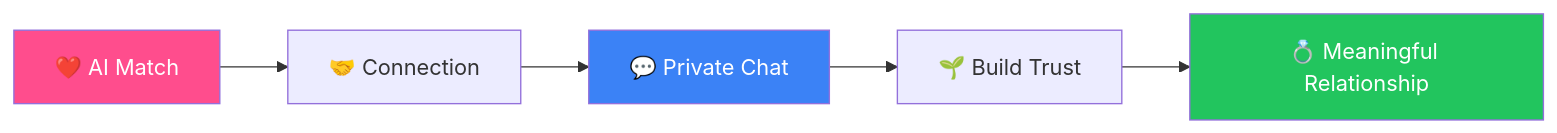
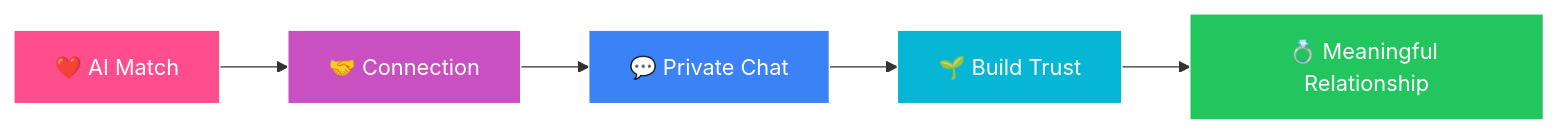
One commit to TheKanishkDev/SoulSync-AI changed the fourth of 7 diagrams in README.md. Above: the diagram before and after it, drawn with Mermaid. The commit also changed other lines of this file, not shown here.

````diff
--- a/README.md
+++ b/README.md
@@ -502,17 +407,10 @@
 ```mermaid
 flowchart LR
+A["❤️ AI Match"] --> B["🤝 Connection"] --> C["💬 Private Chat"] --> D["🌱 Build Trust"] --> E["💍 Meaningful Relationship"]
 
-A["❤️ AI Match"]
-
---> B["🤝 Connection"]
-
---> C["💬 Private Chat"]
-
---> D["🌱 Build Trust"]
-
---> E["💍 Meaningful Relationship"]
-
-style A fill:#FF4D8D,color:#fff
-style C fill:#3B82F6,color:#fff
-style E fill:#22C55E,color:#fff
+style A fill:#FF4D8D,color:#fff,stroke:#fff
+style B fill:#C850C0,color:#fff,stroke:#fff
+style C fill:#3B82F6,color:#fff,stroke:#fff
+style D fill:#06B6D4,color:#fff,stroke:#fff
+style E fill:#22C55E,color:#fff,stroke:#fff
 ```
````
